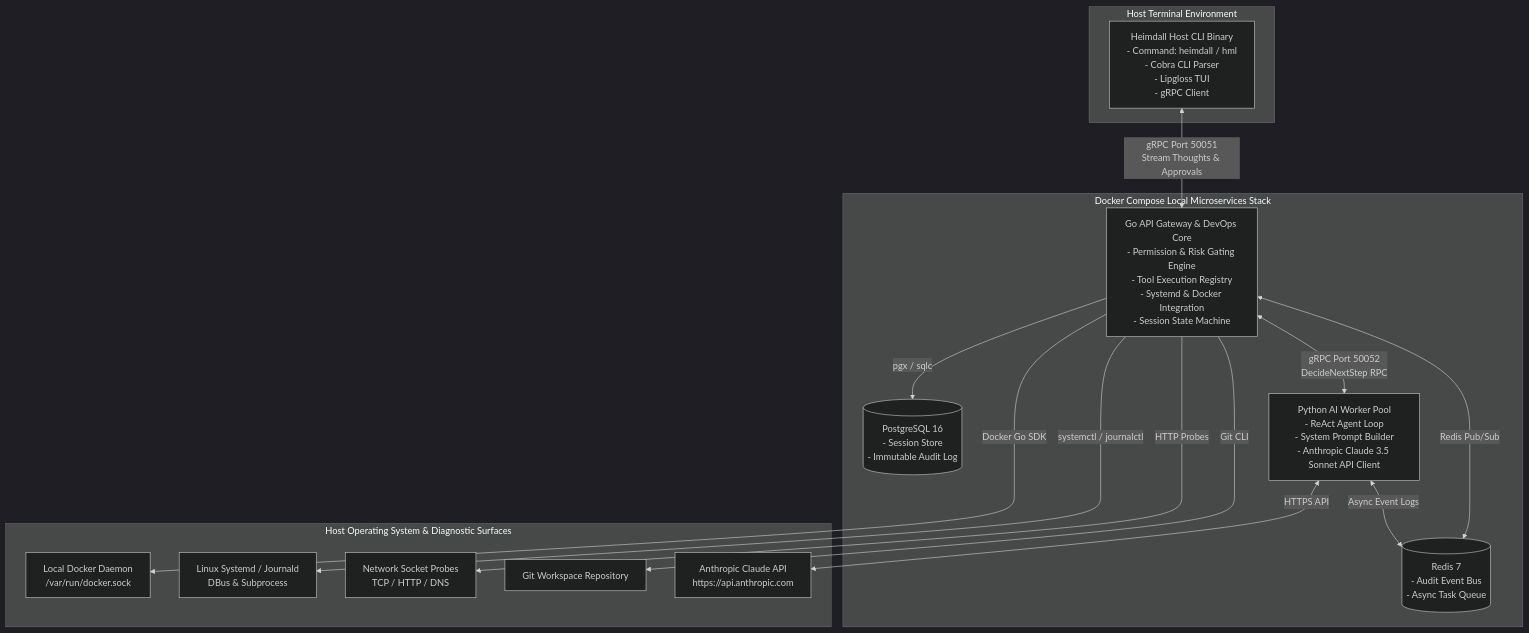
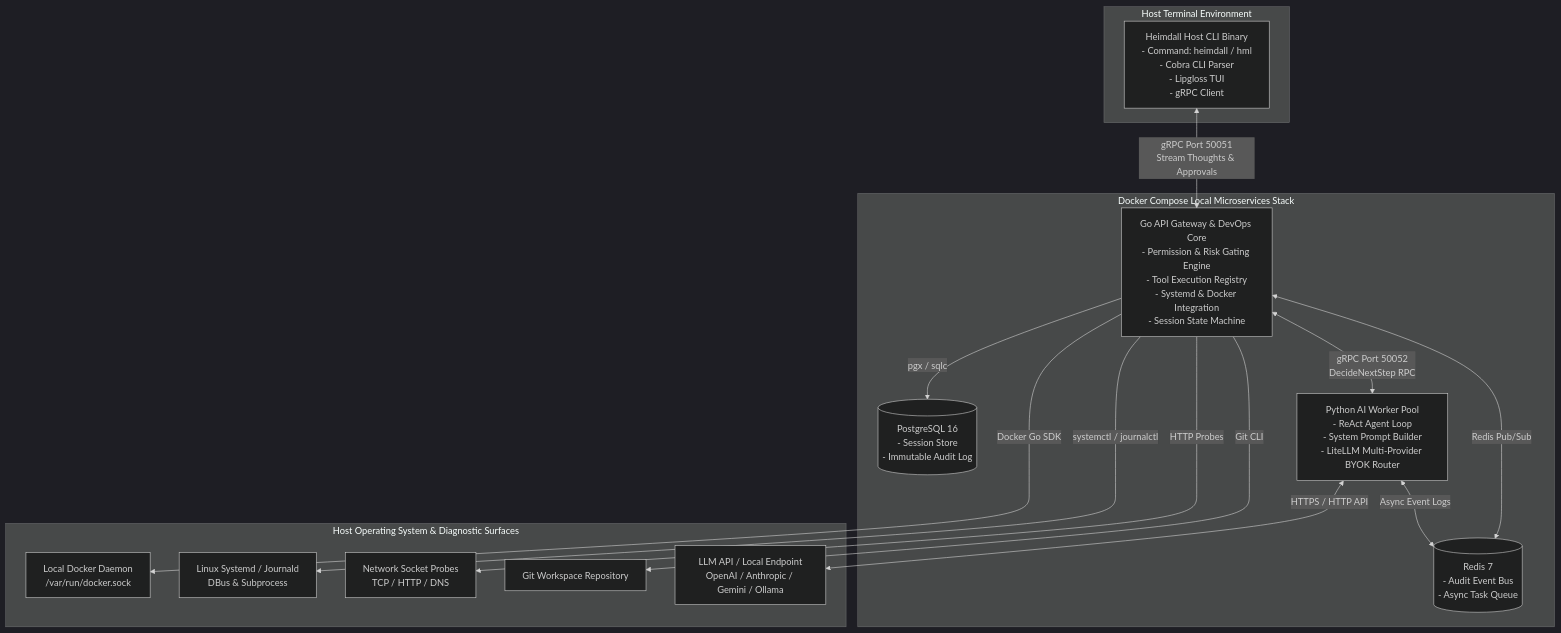
One commit to Raghavv-Saini/heimdall changed the diagram in README.md. Above: the diagram before and after it, drawn with Mermaid (dark theme). The commit also changed other lines of this file and 5 other files, not shown here.

Commit message:
docs: update PRD, roadmap, architecture, and README for BYOK multi-provider support

````diff
--- a/README.md
+++ b/README.md
@@ -41,32 +41,32 @@
 ```mermaid
 graph TD
     subgraph Host Terminal Environment
         CLI[Heimdall Host CLI Binary<br/>- Command: heimdall / hml<br/>- Cobra CLI Parser<br/>- Lipgloss TUI<br/>- gRPC Client]
     end
 
     subgraph Docker Compose Local Microservices Stack
         GW[Go API Gateway & DevOps Core<br/>- Permission & Risk Gating Engine<br/>- Tool Execution Registry<br/>- Systemd & Docker Integration<br/>- Session State Machine]
         DB[(PostgreSQL 16<br/>- Session Store<br/>- Immutable Audit Log)]
         REDIS[(Redis 7<br/>- Audit Event Bus<br/>- Async Task Queue)]
-        PY[Python AI Worker Pool<br/>- ReAct Agent Loop<br/>- System Prompt Builder<br/>- Anthropic Claude 3.5 Sonnet API Client]
+        PY[Python AI Worker Pool<br/>- ReAct Agent Loop<br/>- System Prompt Builder<br/>- LiteLLM Multi-Provider BYOK Router]
     end
 
     subgraph Host Operating System & Diagnostic Surfaces
         DOCKER[Local Docker Daemon<br/>/var/run/docker.sock]
         SYSTEMD[Linux Systemd / Journald<br/>DBus & Subprocess]
         NET[Network Socket Probes<br/>TCP / HTTP / DNS]
         GIT[Git Workspace Repository]
-        LLM[Anthropic Claude API<br/>https://api.anthropic.com]
+        LLM[LLM API / Local Endpoint<br/>OpenAI / Anthropic / Gemini / Ollama]
     end
 
     CLI <-->|gRPC Port 50051<br/>Stream Thoughts & Approvals| GW
     GW <-->|gRPC Port 50052<br/>DecideNextStep RPC| PY
     GW -->|pgx / sqlc| DB
     GW <-->|Redis Pub/Sub| REDIS
     PY <-->|Async Event Logs| REDIS
-    PY <-->|HTTPS API| LLM
+    PY <-->|HTTPS / HTTP API| LLM
     GW -->|Docker Go SDK| DOCKER
     GW -->|systemctl / journalctl| SYSTEMD
     GW -->|HTTP Probes| NET
     GW -->|Git CLI| GIT
 ```
````
